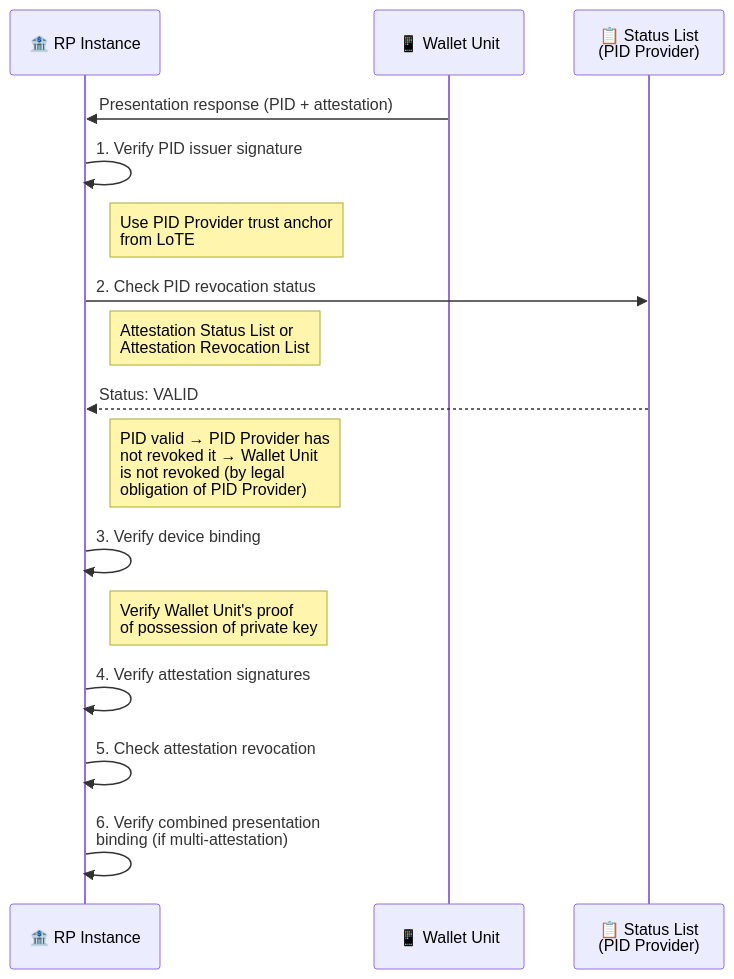
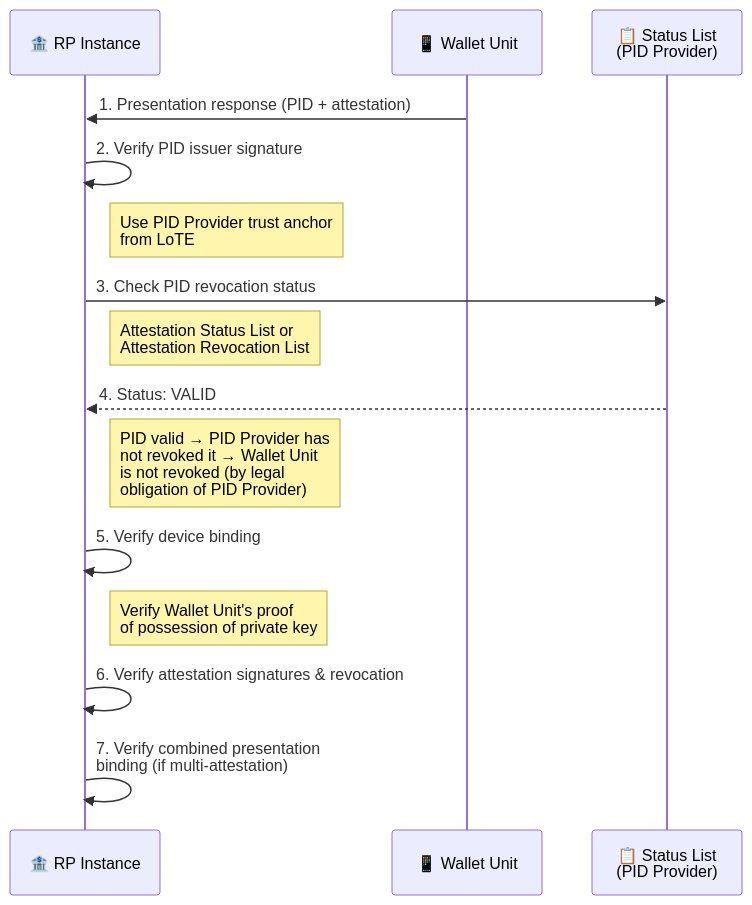
Before and after one commit to ivanstambuk/deep-research: the ninth of 28 diagrams in papers/DR-0002/DR-0002-eudi-wallet-relying-party-integration.md, drawn with Mermaid. The commit also changed other lines of this file, not shown here.

Commit message:
docs(DR-0002): enhance timelines, add ARF/STS hyperlinks

````diff
--- a/papers/DR-0002/DR-0002-eudi-wallet-relying-party-integration.md
+++ b/papers/DR-0002/DR-0002-eudi-wallet-relying-party-integration.md
@@ -1278,29 +1367,28 @@
 ```mermaid
 ---
 config:
   sequence:
     messageAlign: left
     noteAlign: left
 ---
 sequenceDiagram
     participant RPI as 🏦 RP Instance
     participant WU as 📱 Wallet Unit
     participant SL as 📋 Status List<br/>(PID Provider)
 
-    WU->>RPI: Presentation response (PID + attestation)
+    WU->>RPI: 1. Presentation response (PID + attestation)
     
-    RPI->>RPI: 1. Verify PID issuer signature
+    RPI->>RPI: 2. Verify PID issuer signature
     Note right of RPI: Use PID Provider trust anchor<br/>from LoTE
 
-    RPI->>SL: 2. Check PID revocation status
+    RPI->>SL: 3. Check PID revocation status
     Note right of RPI: Attestation Status List or<br/>Attestation Revocation List
-    SL-->>RPI: Status: VALID
+    SL-->>RPI: 4. Status: VALID
     Note right of RPI: PID valid → PID Provider has<br/>not revoked it → Wallet Unit<br/>is not revoked (by legal<br/>obligation of PID Provider)
 
-    RPI->>RPI: 3. Verify device binding
+    RPI->>RPI: 5. Verify device binding
     Note right of RPI: Verify Wallet Unit's proof<br/>of possession of private key
 
-    RPI->>RPI: 4. Verify attestation signatures
-    RPI->>RPI: 5. Check attestation revocation
-    RPI->>RPI: 6. Verify combined presentation<br/>binding (if multi-attestation)
+    RPI->>RPI: 6. Verify attestation signatures & revocation
+    RPI->>RPI: 7. Verify combined presentation<br/>binding (if multi-attestation)
 ```
````
